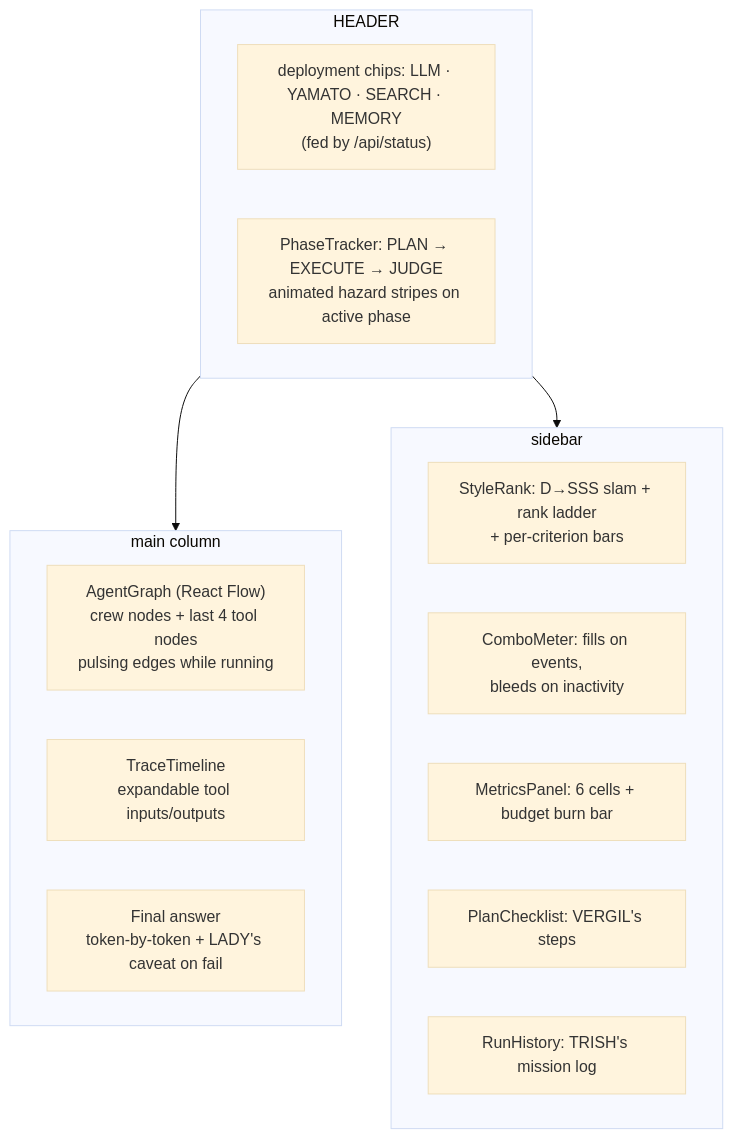
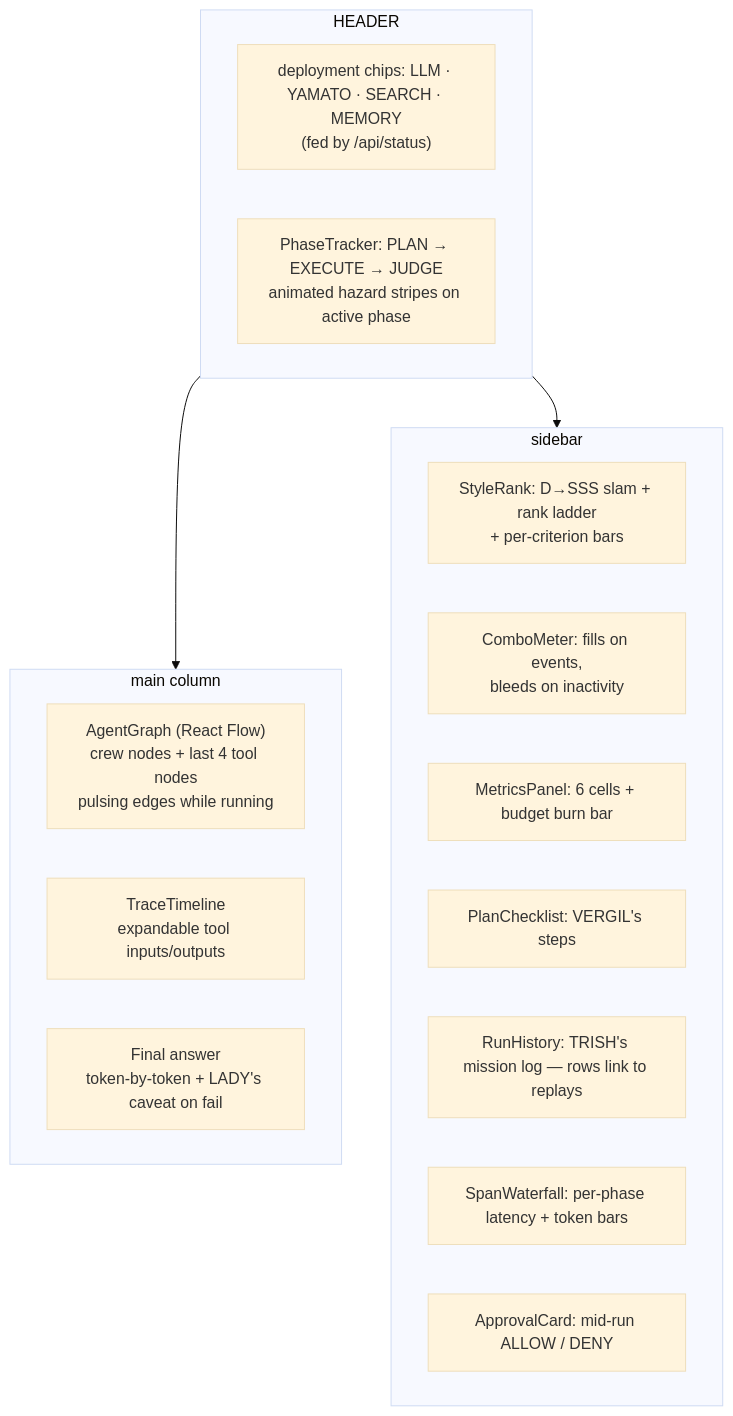
Before and after one commit to DestroyorahSignus/Nero: diagram 16 of 19 in ARCHITECTURE.md, drawn with Mermaid (base theme). The commit also changed other lines of this file and 21 other files, not shown here.

````diff
--- a/ARCHITECTURE.md
+++ b/ARCHITECTURE.md
@@ -433,21 +494,23 @@
 ```mermaid
 flowchart TB
     subgraph HEADER
         CHIPS["deployment chips: LLM · YAMATO · SEARCH · MEMORY<br/>(fed by /api/status)"]
         PHASE["PhaseTracker: PLAN → EXECUTE → JUDGE<br/>animated hazard stripes on active phase"]
     end
     subgraph MAIN["main column"]
         AG["AgentGraph (React Flow)<br/>crew nodes + last 4 tool nodes<br/>pulsing edges while running"]
         TT["TraceTimeline<br/>expandable tool inputs/outputs"]
         FA["Final answer<br/>token-by-token + LADY's caveat on fail"]
     end
     subgraph SIDE["sidebar"]
         SR["StyleRank: D→SSS slam + rank ladder<br/>+ per-criterion bars"]
         CM["ComboMeter: fills on events,<br/>bleeds on inactivity"]
         MP["MetricsPanel: 6 cells + budget burn bar"]
         PC["PlanChecklist: VERGIL's steps"]
-        RH["RunHistory: TRISH's mission log"]
+        RH["RunHistory: TRISH's mission log — rows link to replays"]
+        SW["SpanWaterfall: per-phase latency + token bars"]
+        AC["ApprovalCard: mid-run ALLOW / DENY"]
     end
     HEADER --> MAIN
     HEADER --> SIDE
 ```
````
